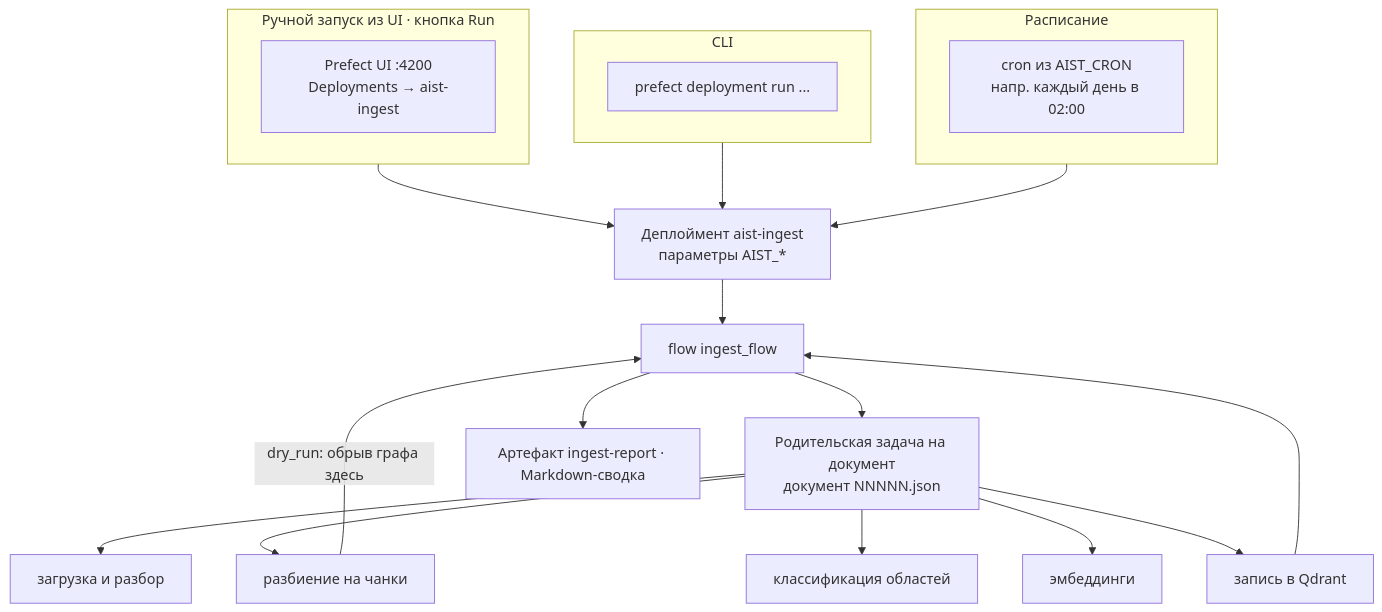
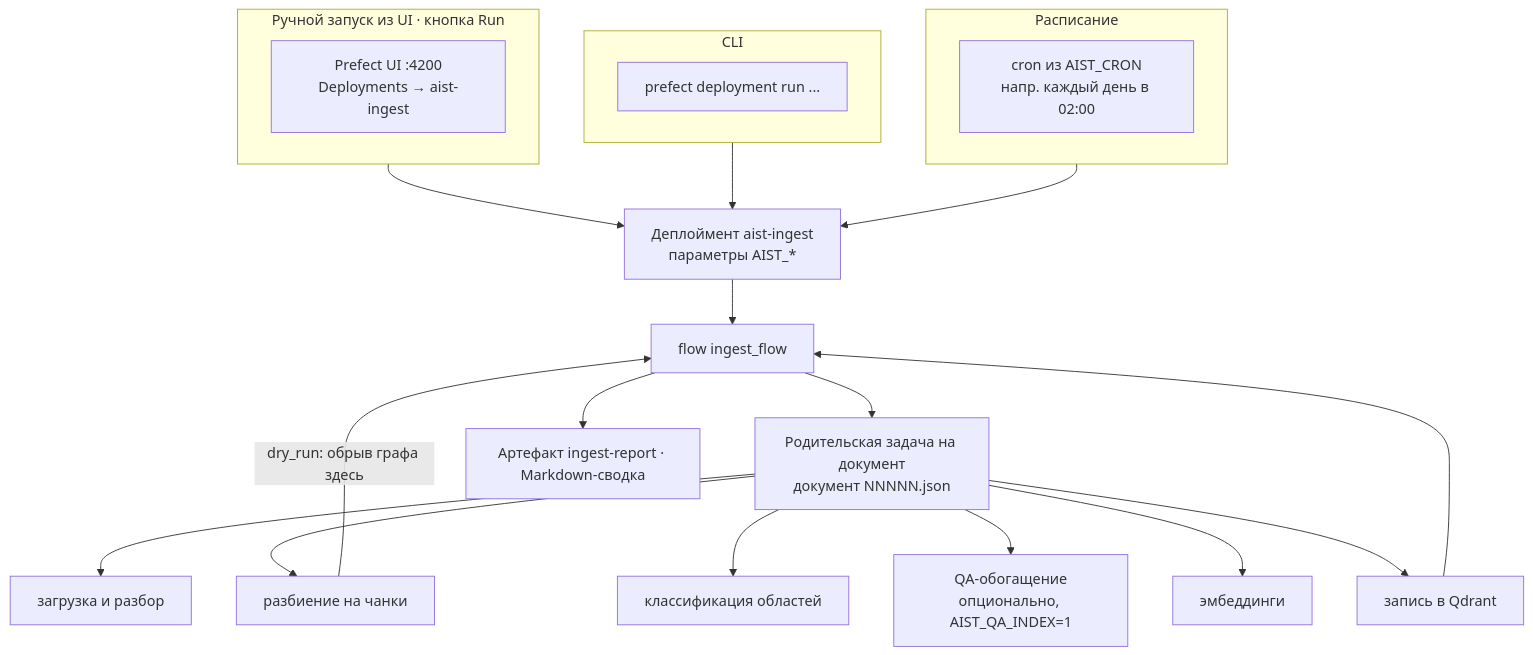
The sixth of 7 diagrams in docs/ARCHITECTURE.md (coder-smookki/GSP-Project-AIst), drawn with Mermaid before and after one commit. The commit also changed other lines of this file and 10 other files, not shown here.

````diff
--- a/docs/ARCHITECTURE.md
+++ b/docs/ARCHITECTURE.md
@@ -254,28 +260,29 @@
 ```mermaid
 flowchart TB
     subgraph Trig1 [Ручной запуск из UI · кнопка Run]
         DU[Prefect UI :4200<br/>Deployments → aist-ingest]
     end
     subgraph Trig2 [CLI]
         DC[prefect deployment run ...]
     end
     subgraph Trig3 [Расписание]
         DS[cron из AIST_CRON<br/>напр. каждый день в 02:00]
     end
 
     Trig1 --> D[Деплоймент aist-ingest<br/>параметры AIST_*]
     Trig2 --> D
     Trig3 --> D
 
     D --> F[flow ingest_flow]
     F --> T[Родительская задача на документ<br/>документ NNNNN.json]
     T --> P1[загрузка и разбор]
     T --> P2[разбиение на чанки]
     T --> P3[классификация областей]
-    T --> P4[эмбеддинги]
-    T --> P5[запись в Qdrant]
+    T --> P4[QA-обогащение<br/>опционально, AIST_QA_INDEX=1]
+    T --> P5[эмбеддинги]
+    T --> P6[запись в Qdrant]
     F --> A[Артефакт ingest-report · Markdown-сводка]
 
     P2 -- dry_run: обрыв графа здесь --> F
-    P5 --> F
+    P6 --> F
 ```
````
